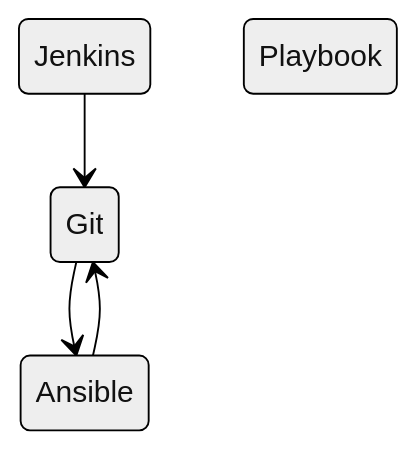
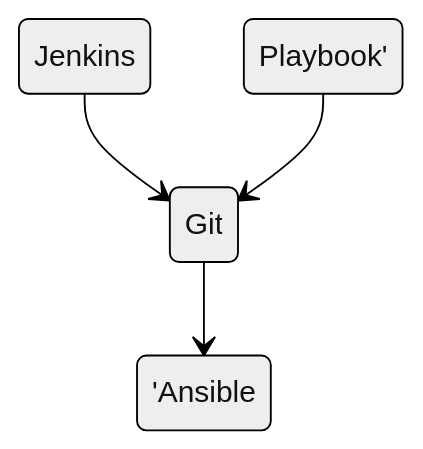
The diagram in README.md (Lifailon/Deploy-PS-Module), drawn with Mermaid (neutral theme) before and after one commit.

Commit message:
test state

````diff
--- a/README.md
+++ b/README.md
@@ -7,6 +7,6 @@
 ```mermaid
 stateDiagram-v2
     Jenkins --> Git
-    Git --> Ansible Playbook
-    Ansible --> Git
+    Git --> 'Ansible Playbook'
+    'Ansible Playbook' --> Git
 ```
````
